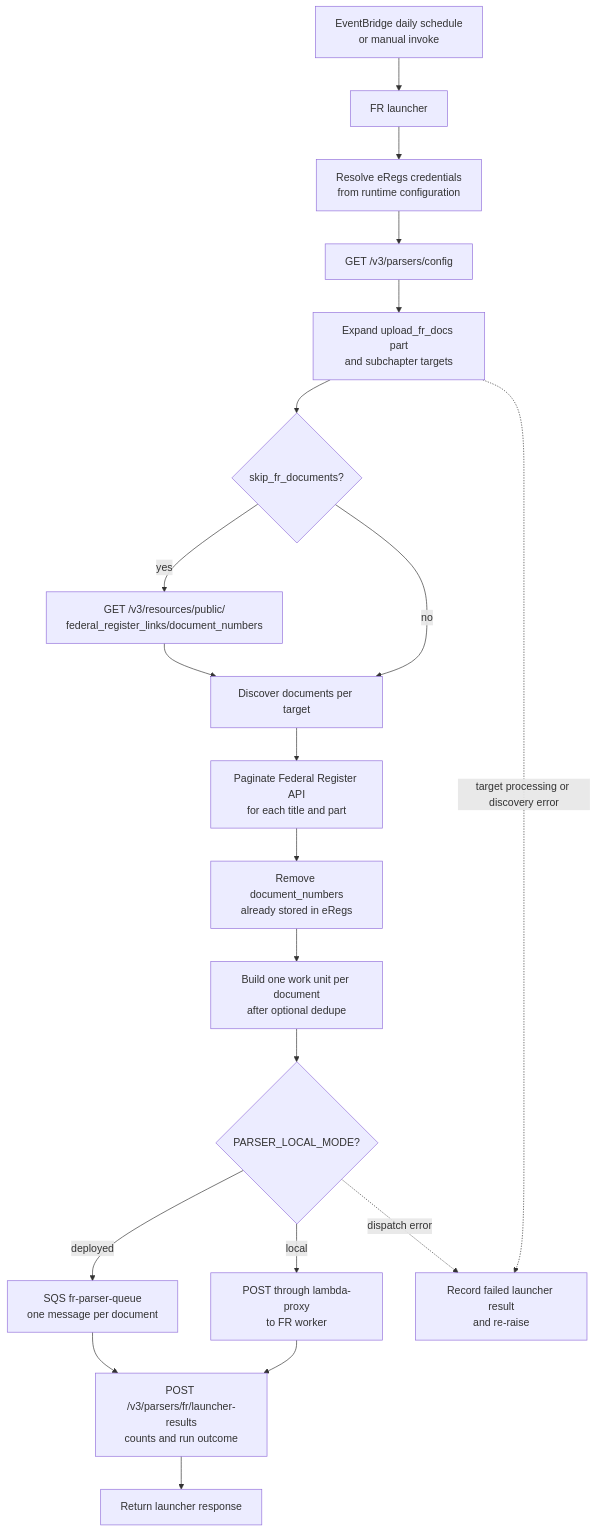
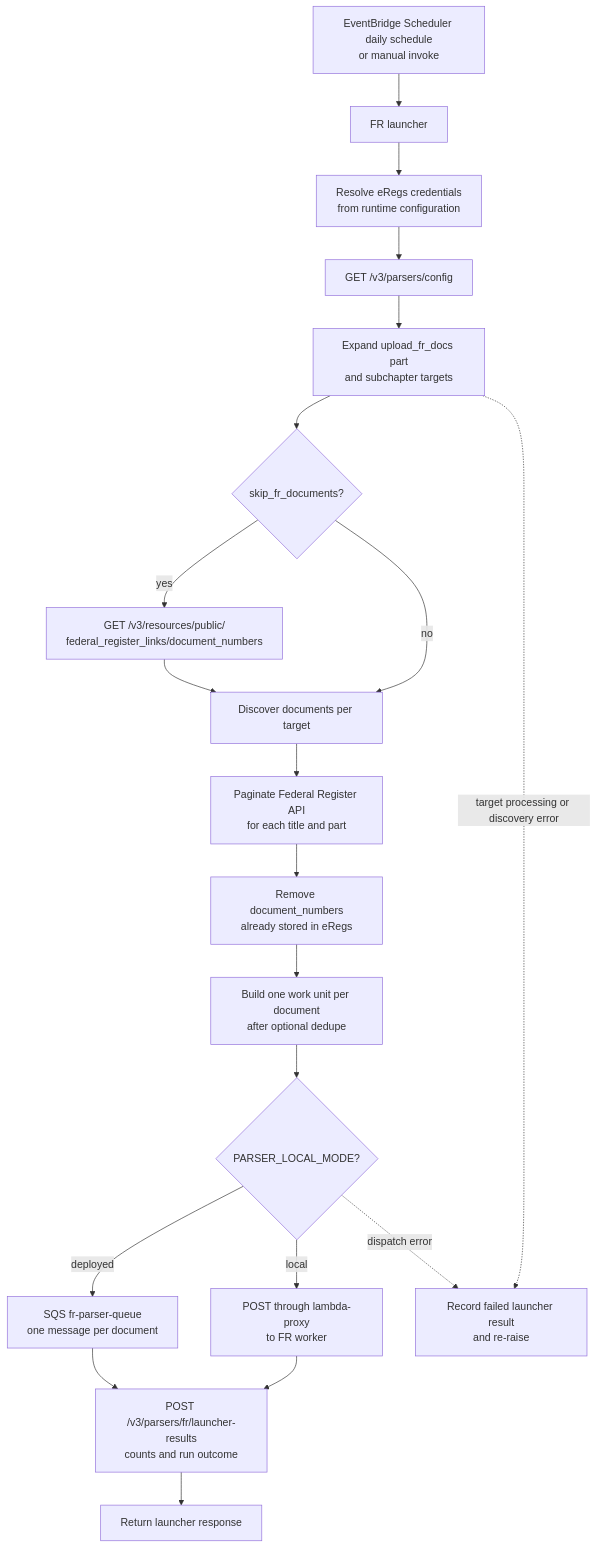
The third of 4 diagrams in solution/parsers/README.md (Enterprise-CMCS/cmcs-eregulations), drawn with Mermaid before and after one commit. The commit also changed other lines of this file and 2 other files, not shown here.

Commit message:
Schedule parsers in Eastern time (#2291)

````diff
--- a/solution/parsers/README.md
+++ b/solution/parsers/README.md
@@ -101,22 +103,22 @@
 ```mermaid
 flowchart TD
-    frSchedule["EventBridge daily schedule<br/>or manual invoke"] --> frLauncher["FR launcher"]
+    frSchedule["EventBridge Scheduler daily schedule<br/>or manual invoke"] --> frLauncher["FR launcher"]
     frLauncher --> frCredentials["Resolve eRegs credentials<br/>from runtime configuration"]
     frCredentials --> frConfig["GET /v3/parsers/config"]
     frConfig --> frTargets["Expand upload_fr_docs part<br/>and subchapter targets"]
     frTargets --> frSkipSetting{"skip_fr_documents?"}
     frSkipSetting -- "yes" --> frExisting["GET /v3/resources/public/<br/>federal_register_links/document_numbers"]
     frSkipSetting -- "no" --> frDiscover["Discover documents per target"]
     frExisting --> frDiscover
     frDiscover --> frApi["Paginate Federal Register API<br/>for each title and part"]
     frApi --> frDedupe["Remove document_numbers<br/>already stored in eRegs"]
     frDedupe --> frWorkUnits["Build one work unit per document<br/>after optional dedupe"]
     frWorkUnits --> frDispatch{"PARSER_LOCAL_MODE?"}
     frDispatch -- "deployed" --> frQueue["SQS fr-parser-queue<br/>one message per document"]
     frDispatch -- "local" --> frWorkerHttp["POST through lambda-proxy<br/>to FR worker"]
     frQueue --> frRun["POST /v3/parsers/fr/launcher-results<br/>counts and run outcome"]
     frWorkerHttp --> frRun
     frRun --> frResponse["Return launcher response"]
     frTargets -. "target processing or discovery error" .-> frFailure["Record failed launcher result<br/>and re-raise"]
     frDispatch -. "dispatch error" .-> frFailure
 ```
````
